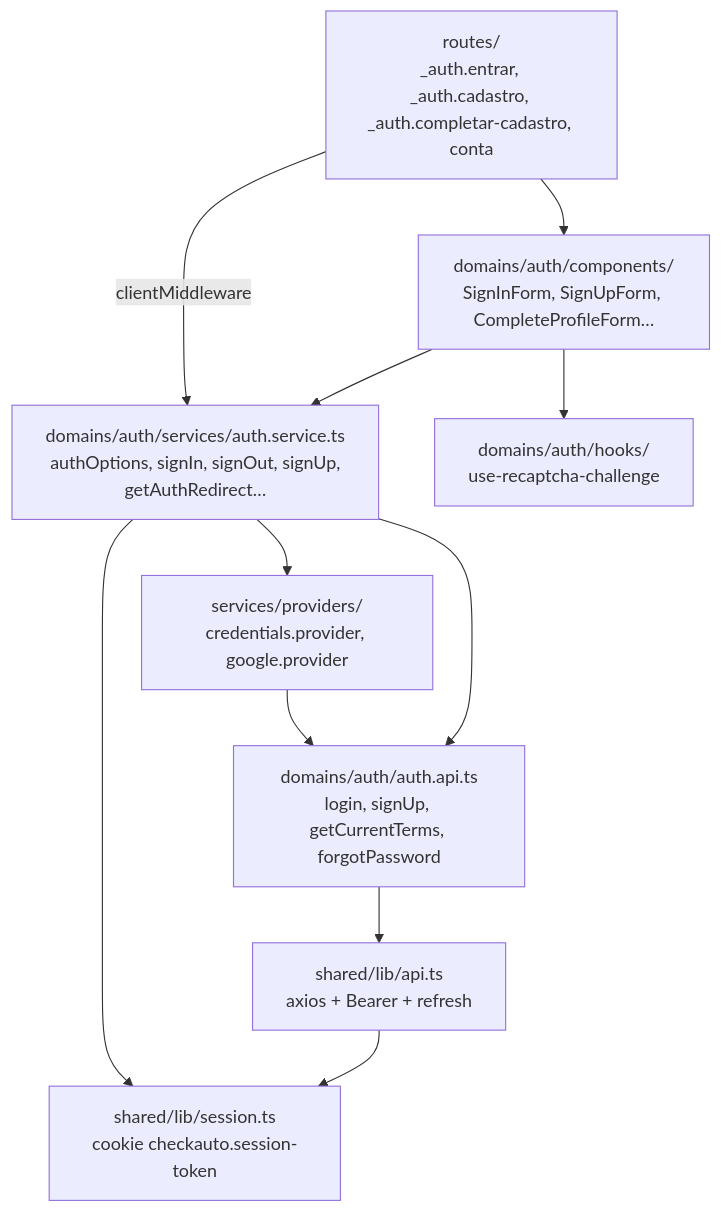
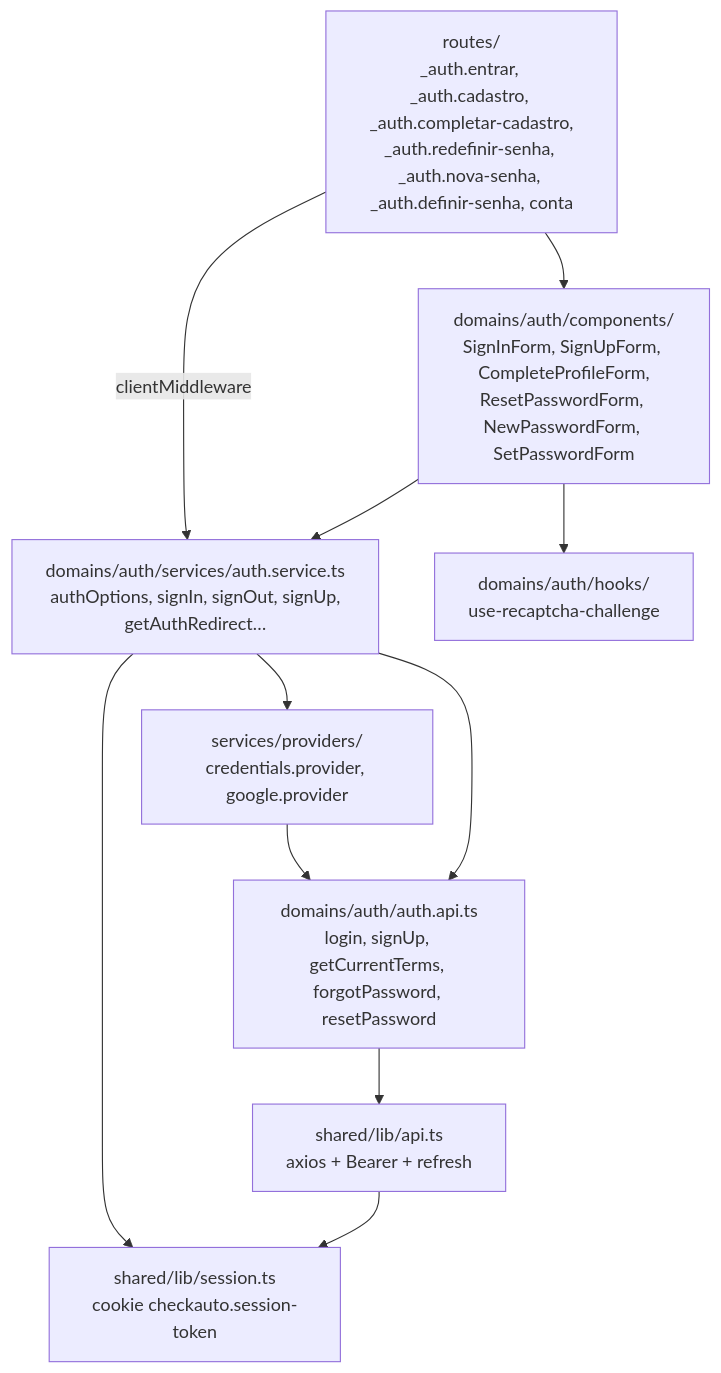
One commit to vinicius-fernandes-checkauto/checkauto-site changed diagram 11 of 11 in docs/fluxo-auth.md. Above: the diagram before and after it, drawn with Mermaid. The commit also changed other lines of this file and 13 other files, not shown here.

Commit message:
feat(auth): implement password reset functionality and create new password form

````diff
--- a/docs/fluxo-auth.md
+++ b/docs/fluxo-auth.md
@@ -334,13 +358,13 @@
 ```mermaid
 flowchart TD
-    R["routes/<br/>_auth.entrar, _auth.cadastro, _auth.completar-cadastro, conta"] --> C["domains/auth/components/<br/>SignInForm, SignUpForm, CompleteProfileForm…"]
+    R["routes/<br/>_auth.entrar, _auth.cadastro, _auth.completar-cadastro,<br/>_auth.redefinir-senha, _auth.nova-senha, _auth.definir-senha, conta"] --> C["domains/auth/components/<br/>SignInForm, SignUpForm, CompleteProfileForm,<br/>ResetPasswordForm, NewPasswordForm, SetPasswordForm"]
     R -->|"clientMiddleware"| S
     C --> H["domains/auth/hooks/<br/>use-recaptcha-challenge"]
     C --> S["domains/auth/services/auth.service.ts<br/>authOptions, signIn, signOut, signUp,<br/>getAuthRedirect…"]
     S --> P["services/providers/<br/>credentials.provider, google.provider"]
-    P --> A["domains/auth/auth.api.ts<br/>login, signUp, getCurrentTerms, forgotPassword"]
+    P --> A["domains/auth/auth.api.ts<br/>login, signUp, getCurrentTerms, forgotPassword, resetPassword"]
     S --> A
     A --> HTTP["shared/lib/api.ts<br/>axios + Bearer + refresh"]
     S --> SES["shared/lib/session.ts<br/>cookie checkauto.session-token"]
     HTTP --> SES
 ```
````
